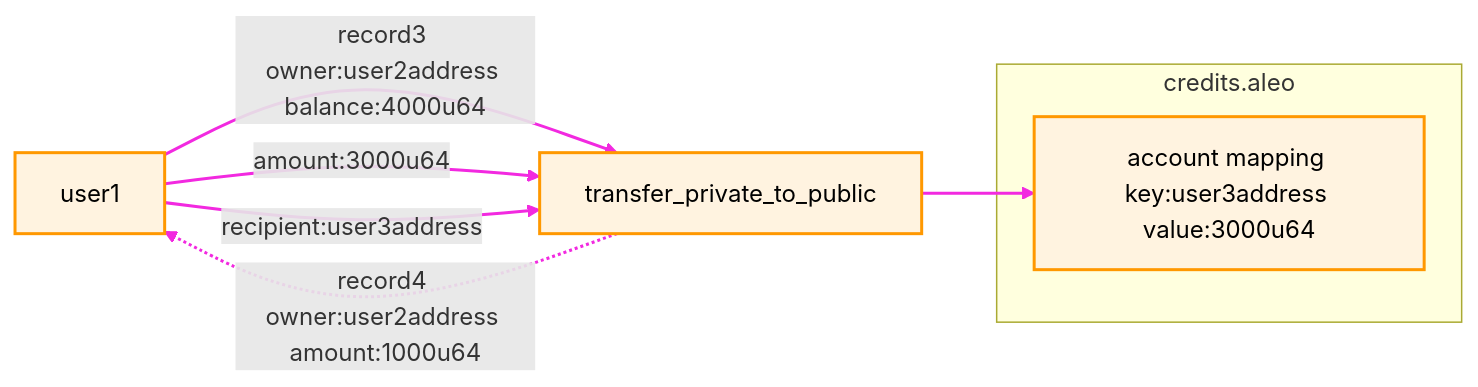
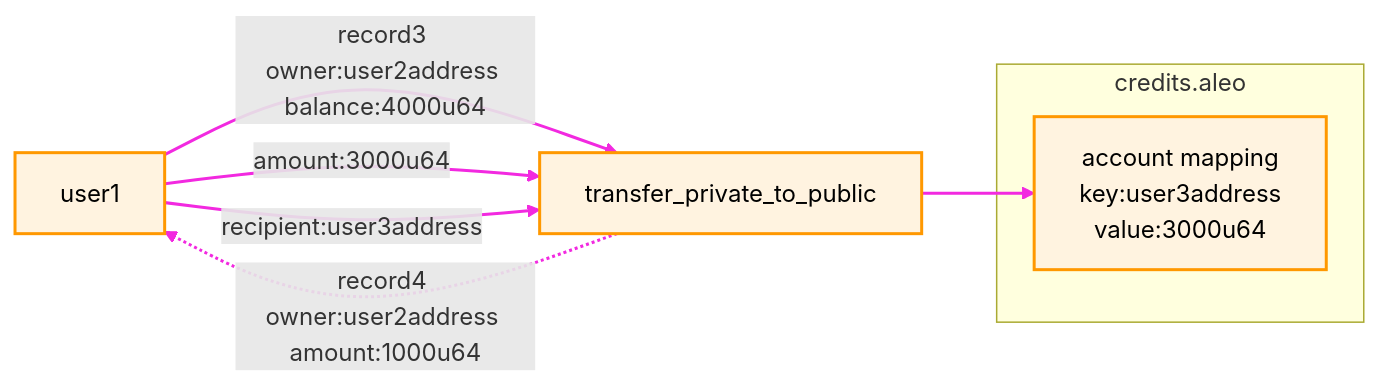
Before and after one commit to AleoNet/welcome: the third of 6 diagrams in documentation/concepts/fundamentals/08_transfers.md, drawn with Mermaid. The commit also changed other lines of this file, not shown here.

Commit message:
diagram visual fix

````diff
--- a/documentation/concepts/fundamentals/08_transfers.md
+++ b/documentation/concepts/fundamentals/08_transfers.md
@@ -143,14 +143,14 @@
 ```mermaid
 graph LR
     subgraph credits.aleo
-        m1[account mapping key:user3address value:3000u64]
+                    m1[account mapping<br>key:user3address<br>value:3000u64]
     end
     user1--record3 owner:user2address balance:4000u64-->t1[transfer_private_to_public]
     user1--amount:3000u64-->t1
     user1--recipient:user3address-->t1
     t1-.record4 owner:user2address amount:1000u64.->user1
     t1-->m1
     
     classDef default fill:#fff3e0,stroke:#ff9800,stroke-width:2px,color:#000;
     linkStyle default stroke:#f229e0,stroke-width:2px;
 ```
````
